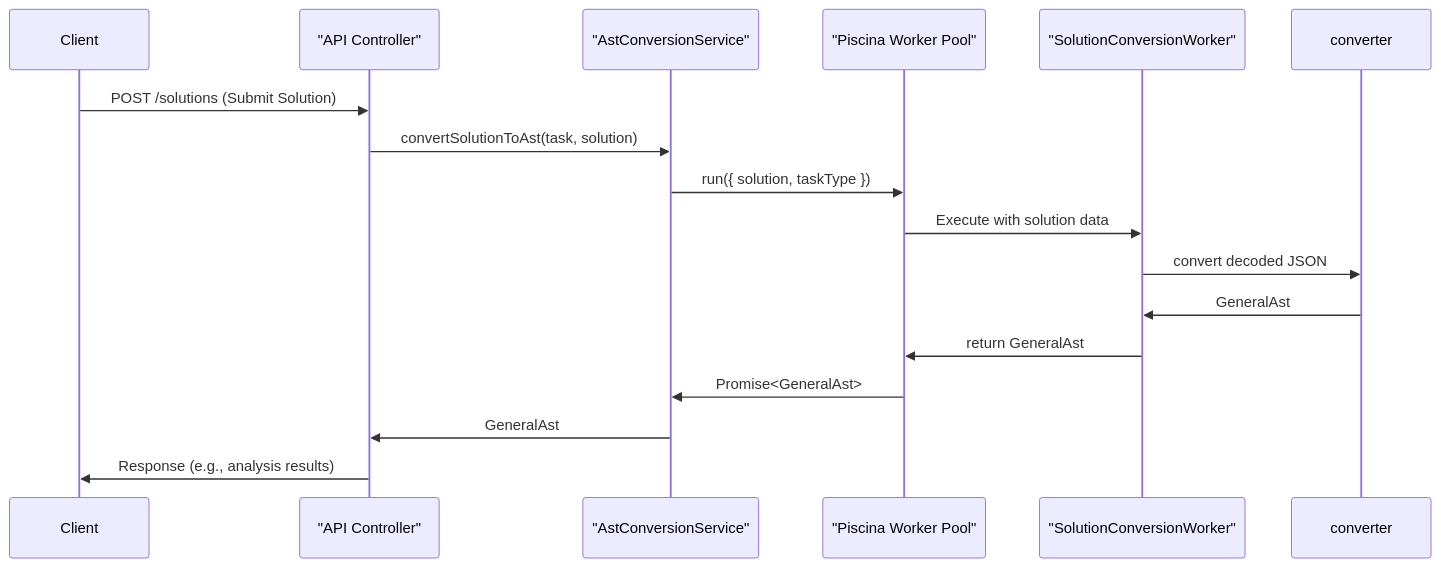
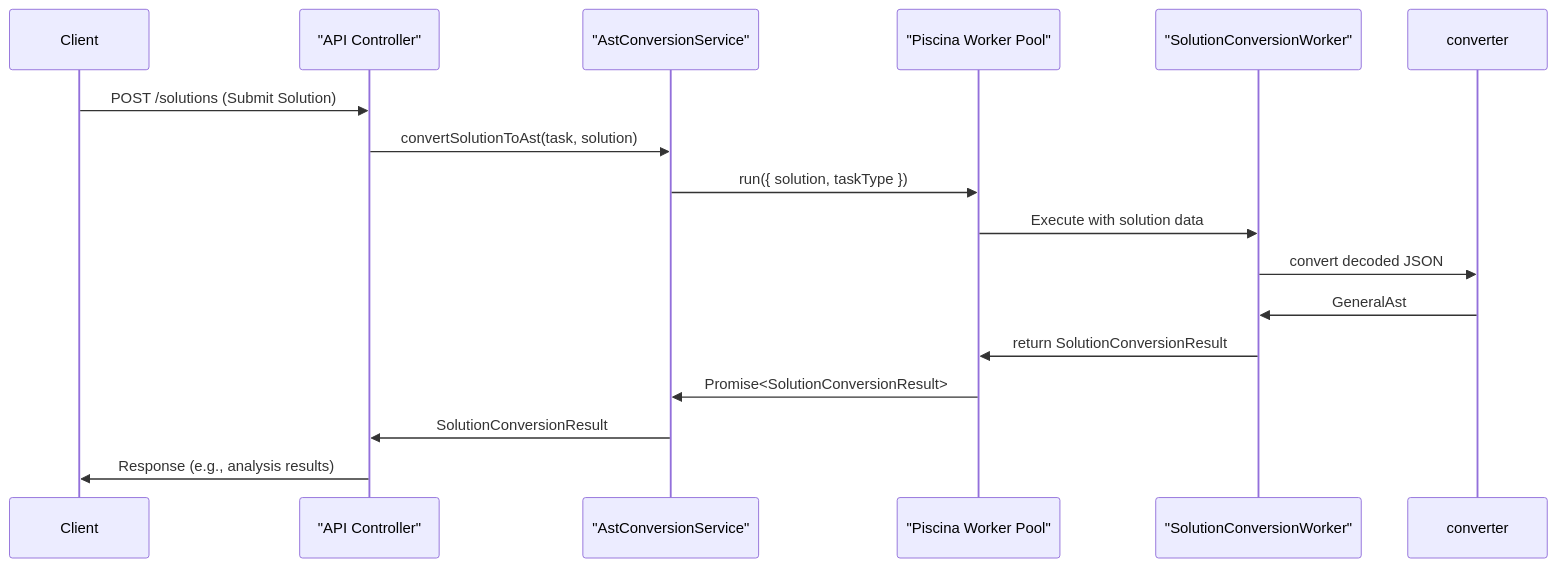
One commit to crt25/collimator changed the second of 2 diagrams in docs/data-analyzer/ast-conversion.md. Above: the diagram before and after it, drawn with Mermaid. The commit also changed 8 other files, not shown here.

````diff
--- a/docs/data-analyzer/ast-conversion.md
+++ b/docs/data-analyzer/ast-conversion.md
@@ -194,20 +194,20 @@
 ```mermaid
 sequenceDiagram
     participant Client
     participant "API Controller"
     participant "AstConversionService"
     participant "Piscina Worker Pool"
     participant "SolutionConversionWorker"
     participant converter
 
     Client->>"API Controller": POST /solutions (Submit Solution)
     "API Controller"->>"AstConversionService": convertSolutionToAst(task, solution)
     "AstConversionService"->>"Piscina Worker Pool": run({ solution, taskType })
     "Piscina Worker Pool"->>"SolutionConversionWorker": Execute with solution data
     "SolutionConversionWorker"->>converter: convert decoded JSON
     converter->>"SolutionConversionWorker": GeneralAst
-    "SolutionConversionWorker"->>"Piscina Worker Pool": return GeneralAst
-    "Piscina Worker Pool"->>"AstConversionService": Promise<GeneralAst>
-    "AstConversionService"->>"API Controller": GeneralAst
+    "SolutionConversionWorker"->>"Piscina Worker Pool": return SolutionConversionResult
+    "Piscina Worker Pool"->>"AstConversionService": Promise<SolutionConversionResult>
+    "AstConversionService"->>"API Controller": SolutionConversionResult
     "API Controller"->>Client: Response (e.g., analysis results)
 ```
````
